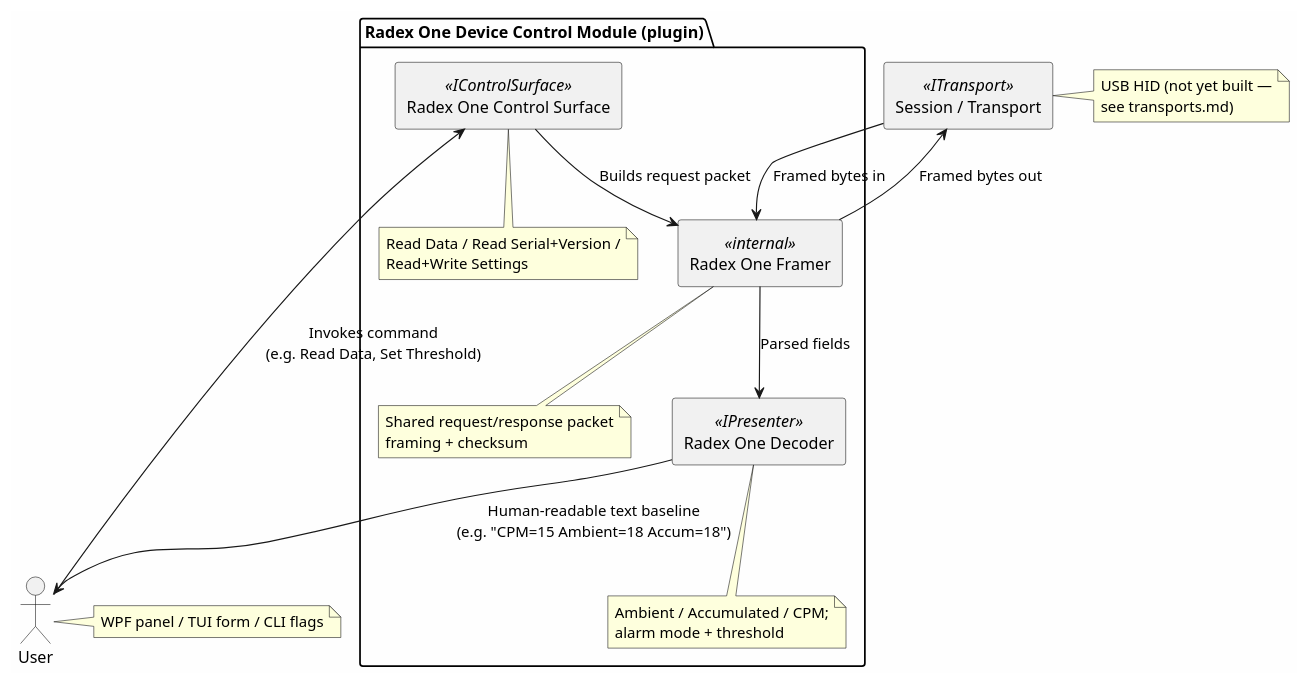
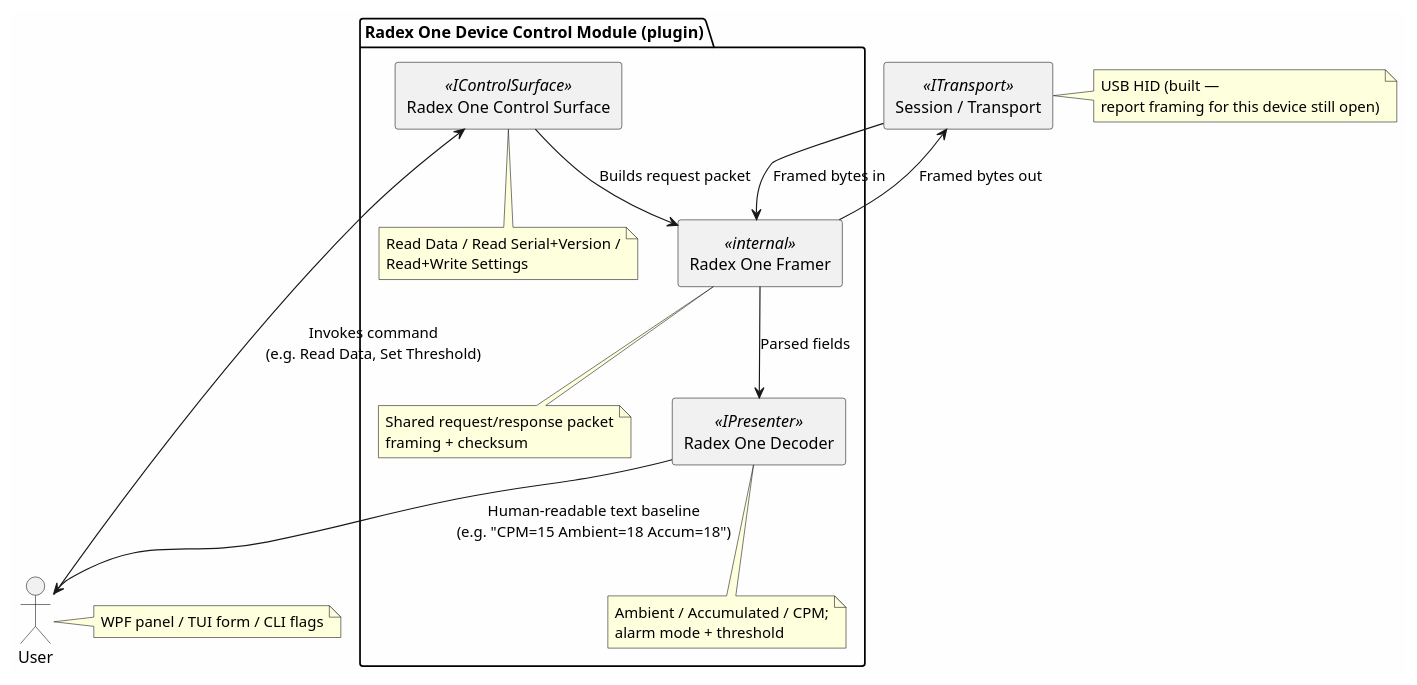
Before and after one commit to OutOfBandDevelopment/dev-term: the diagram in docs/design/proposals/radex-one-protocol.md, drawn with PlantUML. The commit also changed other lines of this file and 1 other file, not shown here.

First line of the commit message:
Fix stale "USB HID not yet built" claim in radex-one proposal

````diff
--- a/docs/design/proposals/radex-one-protocol.md
+++ b/docs/design/proposals/radex-one-protocol.md
@@ -80,28 +84,28 @@
 ```plantuml
 @startuml
 skinparam componentStyle rectangle
 skinparam backgroundColor #FEFEFE
 
 actor "User" as user
 note right of user : WPF panel / TUI form / CLI flags
 
 package "Radex One Device Control Module (plugin)" {
   [Radex One Control Surface] <<IControlSurface>> as surface
   note bottom of surface : Read Data / Read Serial+Version /\nRead+Write Settings
   [Radex One Framer] <<internal>> as framer
   note bottom of framer : Shared request/response packet\nframing + checksum
   [Radex One Decoder] <<IPresenter>> as decoder
   note bottom of decoder : Ambient / Accumulated / CPM;\nalarm mode + threshold
 }
 
 [Session / Transport] <<ITransport>> as transport
-note right of transport : USB HID (not yet built —\nsee transports.md)
+note right of transport : USB HID (built —\nreport framing for this device still open)
 
 user --> surface : Invokes command\n(e.g. Read Data, Set Threshold)
 surface --> framer : Builds request packet
 framer --> transport : Framed bytes out
 transport --> framer : Framed bytes in
 framer --> decoder : Parsed fields
 decoder --> user : Human-readable text baseline\n(e.g. "CPM=15 Ambient=18 Accum=18")
 @enduml
 ```
````
